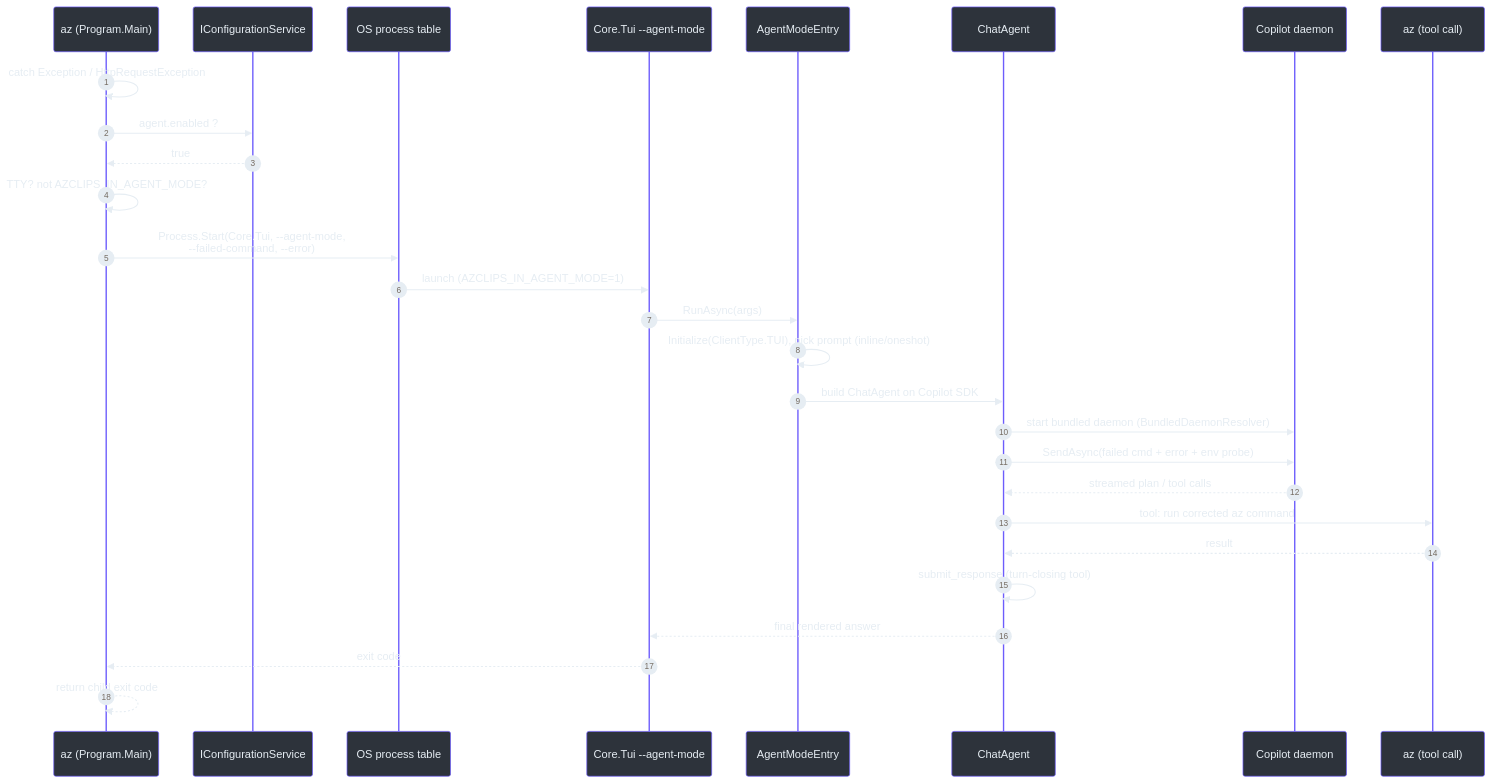
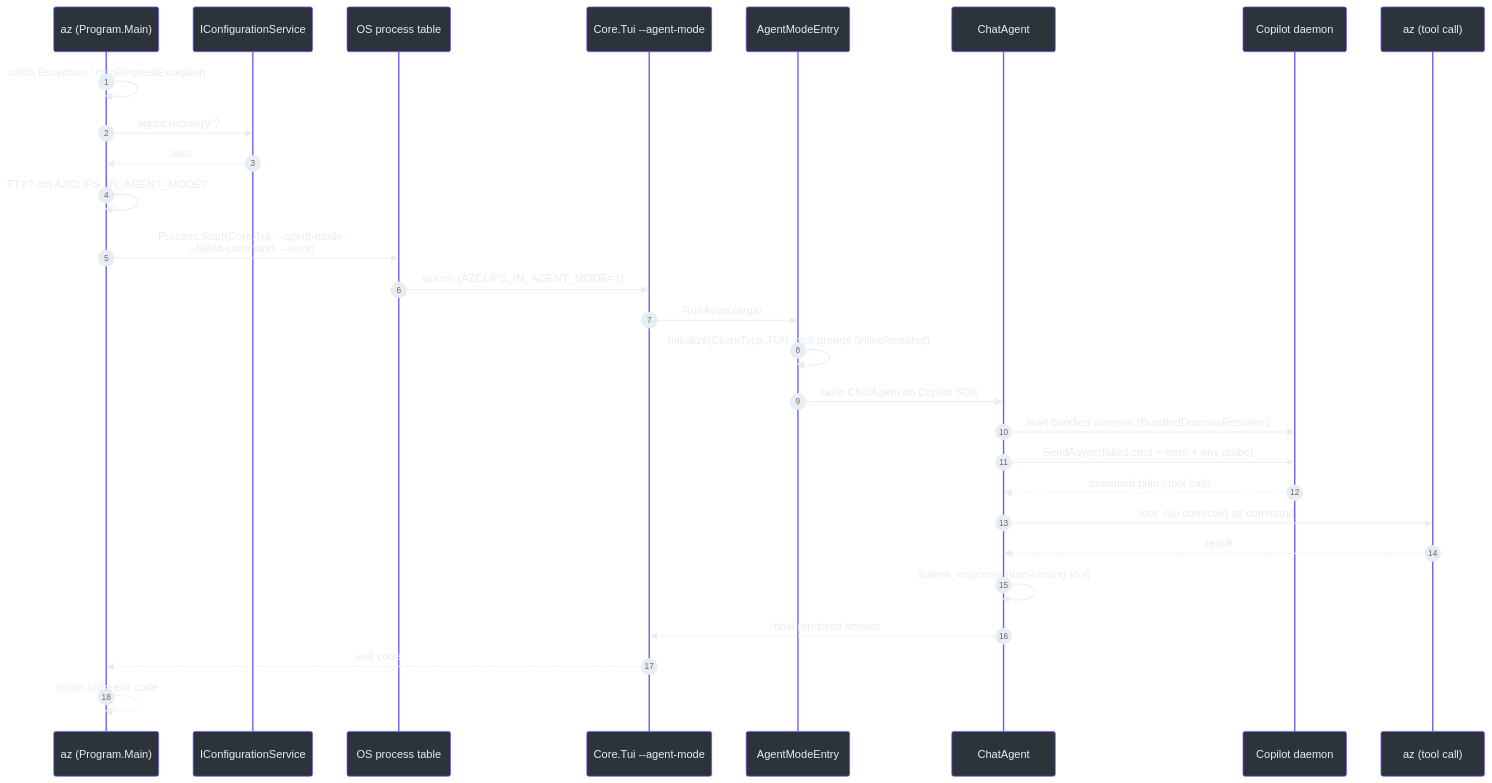
Before and after one commit to Azure/azclips: the fourth of 5 diagrams in wiki/onboarding-guide.md, drawn with Mermaid. The commit also changed other lines of this file and 37 other files, not shown here.

Commit message:
feat(recovery): remove released agent keys without migration and default recovery to off

````diff
--- a/wiki/onboarding-guide.md
+++ b/wiki/onboarding-guide.md
@@ -493,32 +493,32 @@
 ```mermaid
 %%{init: {'theme':'base','themeVariables':{'primaryColor':'#2d333b','primaryBorderColor':'#6d5dfc','primaryTextColor':'#e6edf3','lineColor':'#8b949e','clusterBkg':'#161b22','clusterBorder':'#30363d','fontFamily':'monospace'}}}%%
 sequenceDiagram
     autonumber
     participant CLI as az (Program.Main)
     participant CFG as IConfigurationService
     participant OS as OS process table
     participant TUI as Core.Tui --agent-mode
     participant AME as AgentModeEntry
     participant CA as ChatAgent
     participant DMN as Copilot daemon
     participant AZ as az (tool call)
 
     CLI->>CLI: catch Exception / HttpRequestException
-    CLI->>CFG: agent.enabled ?
-    CFG-->>CLI: true
+    CLI->>CFG: agent.recovery ?
+    CFG-->>CLI: auto
     CLI->>CLI: TTY? not AZCLIPS_IN_AGENT_MODE?
     CLI->>OS: Process.Start(Core.Tui, --agent-mode,<br>--failed-command, --error)
     OS->>TUI: launch (AZCLIPS_IN_AGENT_MODE=1)
     TUI->>AME: RunAsync(args)
     AME->>AME: Initialize(ClientType.TUI), pick prompt (inline/oneshot)
     AME->>CA: build ChatAgent on Copilot SDK
     CA->>DMN: start bundled daemon (BundledDaemonResolver)
     CA->>DMN: SendAsync(failed cmd + error + env probe)
     DMN-->>CA: streamed plan / tool calls
     CA->>AZ: tool: run corrected az command
     AZ-->>CA: result
     CA->>CA: submit_response (turn-closing tool)
     CA-->>TUI: final rendered answer
     TUI-->>CLI: exit code
     CLI-->>CLI: return child exit code
 ```
````
